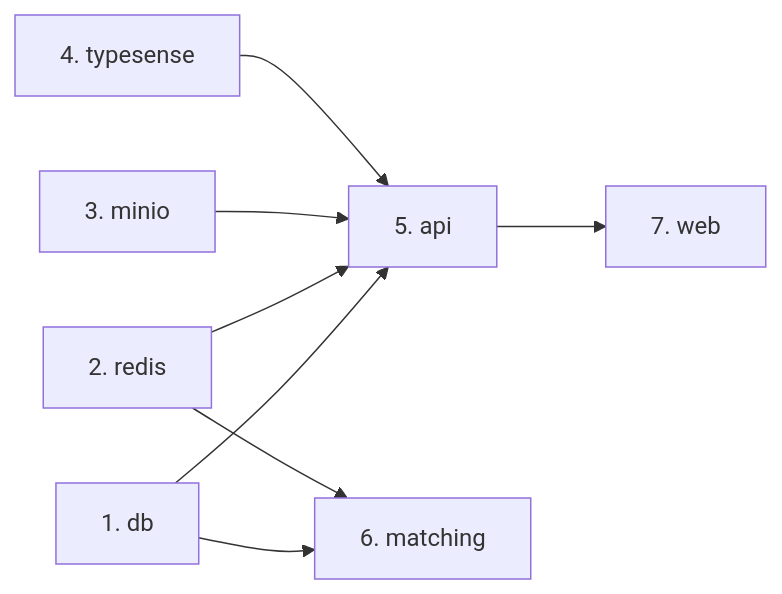
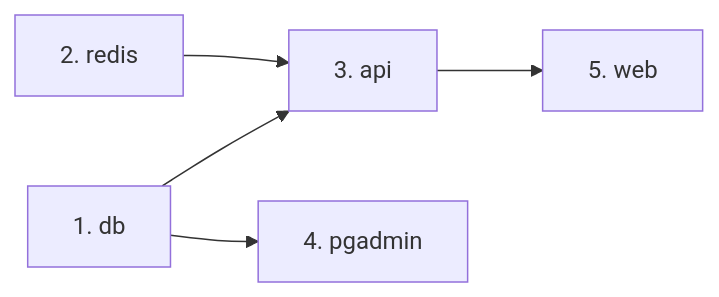
Before and after one commit to Christian-SoAssis/Projeto_ProgWeb: the second of 2 diagrams in openspec/changes/service-marketplace-platform/specs/docker-topology/spec.md, drawn with Mermaid. The commit also changed other lines of this file and 7 other files, not shown here.

````diff
--- a/openspec/changes/service-marketplace-platform/specs/docker-topology/spec.md
+++ b/openspec/changes/service-marketplace-platform/specs/docker-topology/spec.md
@@ -261,10 +297,7 @@
 ```mermaid
 graph LR
-    DB["1. db"] --> API["5. api"]
+    DB["1. db"] --> API["3. api"]
     REDIS["2. redis"] --> API
-    MINIO["3. minio"] --> API
-    TYPESENSE["4. typesense"] --> API
-    DB --> MATCHING["6. matching"]
-    REDIS --> MATCHING
-    API --> WEB["7. web"]
+    DB --> PGADMIN["4. pgadmin"]
+    API --> WEB["5. web"]
 ```
````
